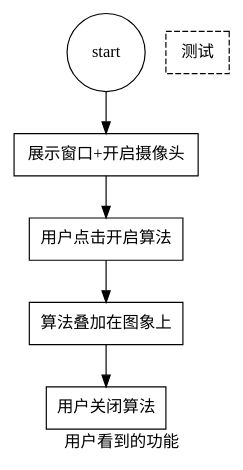
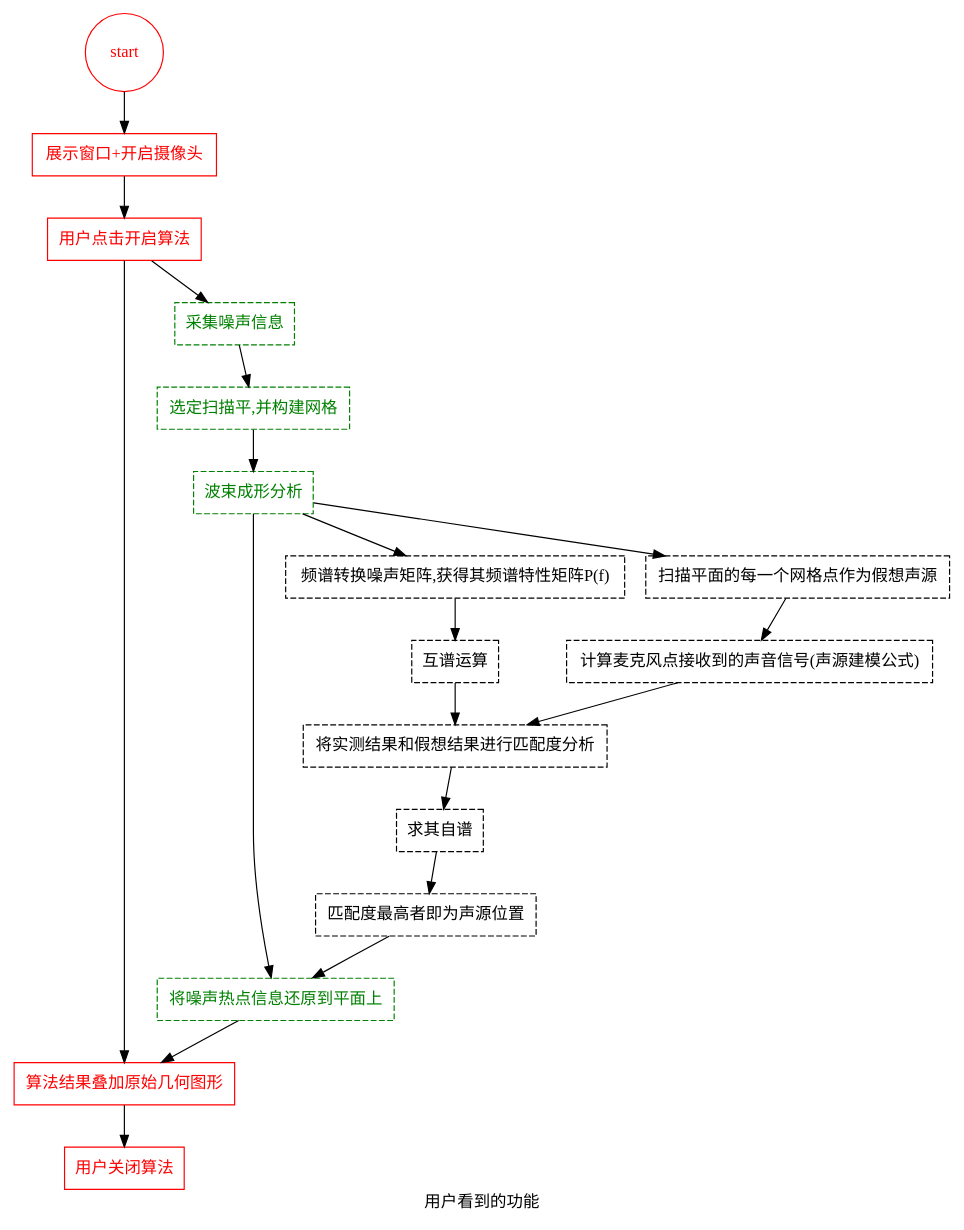
One commit to imshenwei/Matlab2Python changed the diagram in 修改代码/flow_function.dot. Above: the diagram before and after it, drawn with Graphviz. The commit also changed 9 other files, not shown here.

```diff
--- a/修改代码/flow_function.dot
+++ b/修改代码/flow_function.dot
@@ -1,19 +1,30 @@
 digraph function{
     label="用户看到的功能"
-    start[shape=circle]
-    1[label="展示窗口+开启摄像头",shape=rec]
-    2[label="用户点击开启算法",shape=rec]
-    3[label="算法叠加在图象上",shape=rec]
-    4[label="用户关闭算法",shape=rec]
-    5[label="测试",shape=rec, style=dashed,fillcolor=red,]
+    start[shape=circle,color=red,fontcolor=red]
+    1[label="展示窗口+开启摄像头",shape=rec,color=red,fontcolor=red]
+    2[label="用户点击开启算法",shape=rec,color=red,fontcolor=red]
+    3[label="算法结果叠加原始几何图形",shape=rec,color=red,fontcolor=red]
+    4[label="用户关闭算法",shape=rec,color=red,fontcolor=red]
+    5[label="采集噪声信息",shape=rec, style=dashed,color=green,fontcolor=green]
+    6[label="选定扫描平,并构建网格",shape=rec, style=dashed,color=green,fontcolor=green]
+    7[label="波束成形分析",shape=rec, style=dashed,color=green,fontcolor=green]
+    8[label="将噪声热点信息还原到平面上",shape=rec, style=dashed,color=green,fontcolor=green]
+    9[label="频谱转换噪声矩阵,获得其频谱特性矩阵P(f)",shape=rec, style=dashed]
+    10[label="互谱运算",shape=rec, style=dashed]
+    11[label="扫描平面的每一个网格点作为假想声源",shape=rec, style=dashed]
+    12[label="计算麦克风点接收到的声音信号(声源建模公式)",shape=rec, style=dashed]
+    13[label="将实测结果和假想结果进行匹配度分析",shape=rec, style=dashed]
+    14[label="求其自谱",shape=rec, style=dashed]
+    15[label="匹配度最高者即为声源位置",shape=rec, style=dashed]
+    //7[label="可判断噪声源的分布",shape=rec, style=dashed]
     //example[label="window",shape=rec]
     //example[label="window",shape=rec]
-    //example[label="window",shape=rec]
-
-    start:s->1:n
-    1:s->2:n
-    2:s->3:n
-    3:s->4:n
+    //line[splines=ortho,weight=2]
+    start->1->2->3->4[weight=999]
+    2->5->6->7->8->3 [weight=99]
+    7->9->10->13
+    7->11->12->13
+    13->14->15->8
     
 
 }
```
